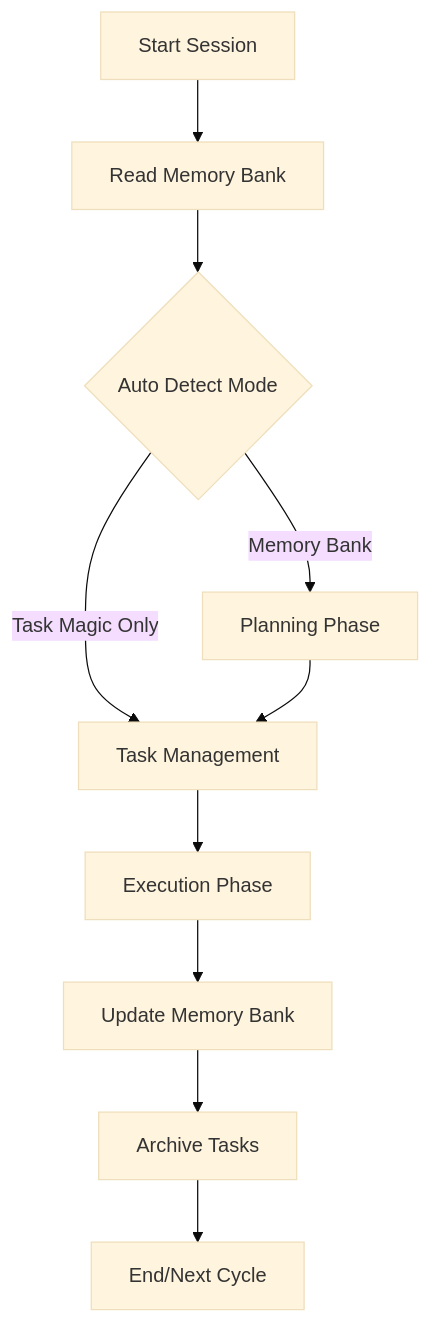
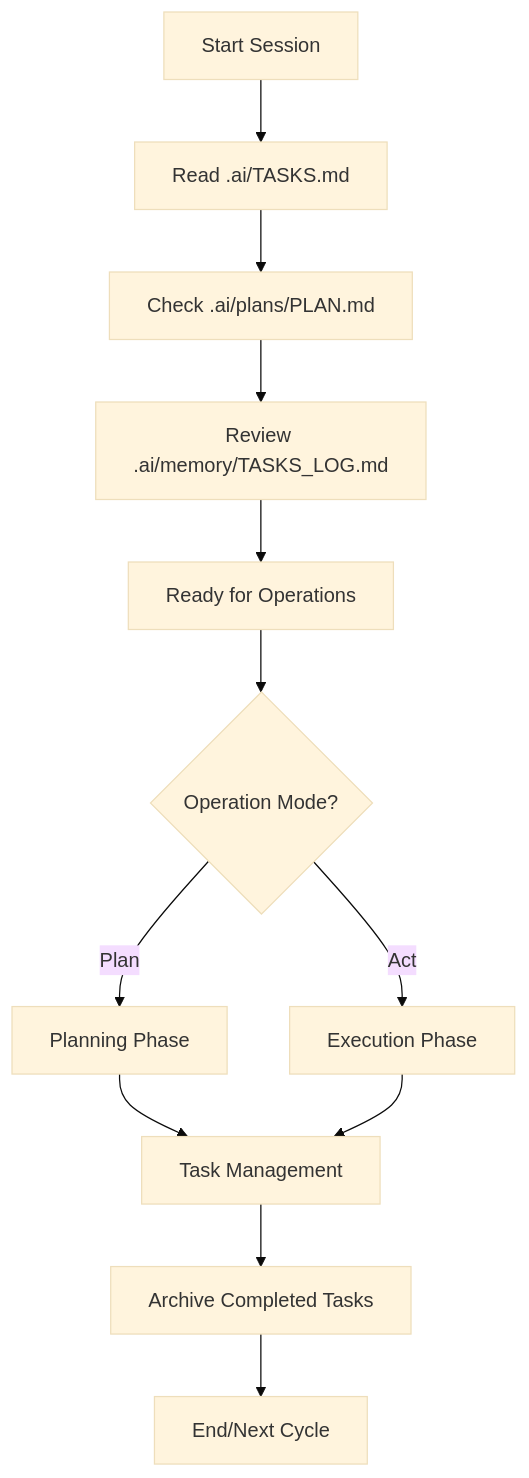
One commit to louisfghbvc/task-management-memory-system changed the second of 2 diagrams in README.md. Above: the diagram before and after it, drawn with Mermaid (base theme). The commit also changed other lines of this file and 5 other files, not shown here.

````diff
--- a/README.md
+++ b/README.md
@@ -273,12 +144,14 @@
 ```mermaid
 flowchart TD
-    Start[Start Session] --> ReadMB[Read Memory Bank]
-    ReadMB --> DetectMode{Auto Detect Mode}
-    DetectMode -->|Memory Bank| Plan[Planning Phase]
-    DetectMode -->|Task Magic Only| Task[Task Management]
-    Plan --> Task
-    Task --> Act[Execution Phase]
-    Act --> UpdateMB[Update Memory Bank]
-    UpdateMB --> Archive[Archive Tasks]
+    Start[Start Session] --> ReadTasks[Read .ai/TASKS.md]
+    ReadTasks --> CheckPlans[Check .ai/plans/PLAN.md]
+    CheckPlans --> ReviewHistory[Review .ai/memory/TASKS_LOG.md]
+    ReviewHistory --> Ready[Ready for Operations]
+    Ready --> Mode{Operation Mode?}
+    Mode -->|Plan| Planning[Planning Phase]
+    Mode -->|Act| Execution[Execution Phase]
+    Planning --> TaskManagement[Task Management]
+    Execution --> TaskManagement
+    TaskManagement --> Archive[Archive Completed Tasks]
     Archive --> End[End/Next Cycle]
 ```
````
